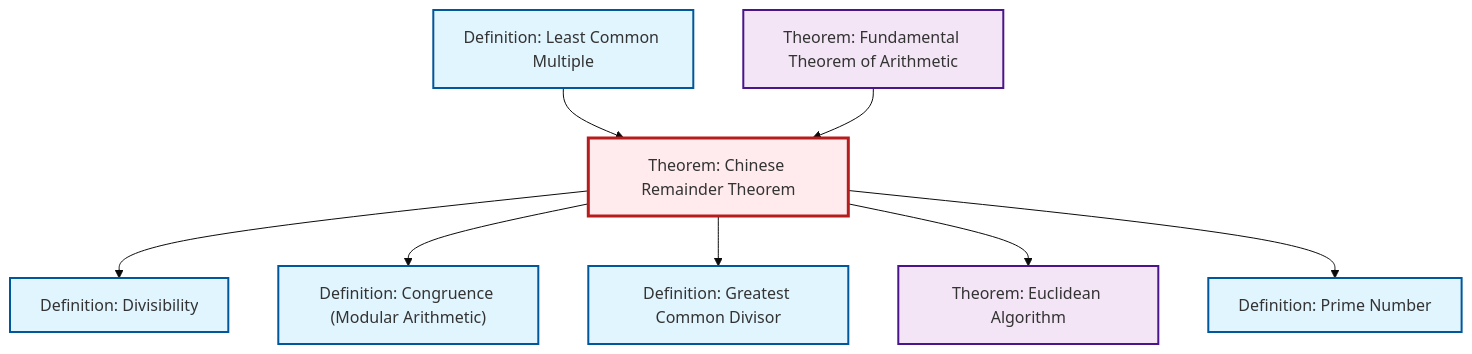
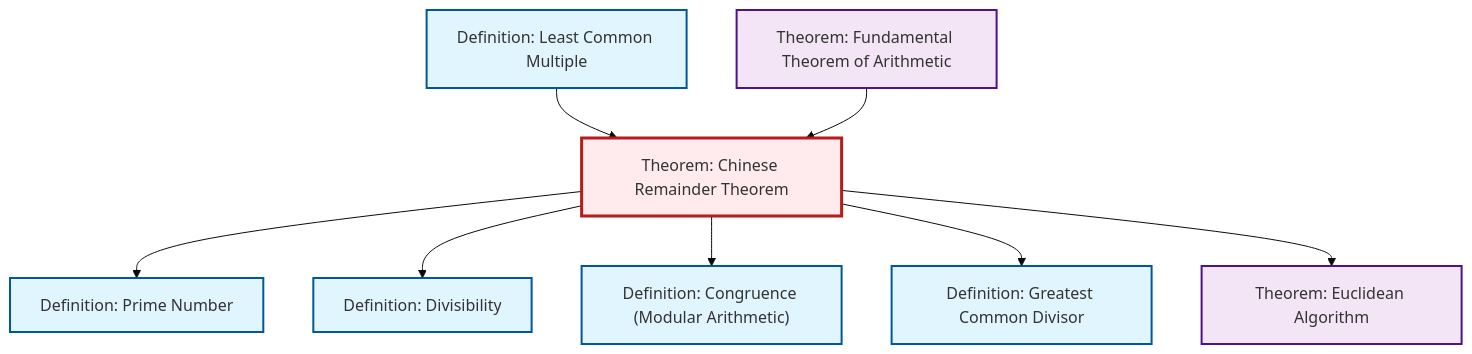
One commit to RK0429/ModernMath changed the diagram in content/en/number-theory/thm-chinese-remainder.qmd. Above: the diagram before and after it, drawn with Mermaid (base theme). The commit also changed other lines of this file and 328 other files, not shown here.

````diff
--- a/content/en/number-theory/thm-chinese-remainder.qmd
+++ b/content/en/number-theory/thm-chinese-remainder.qmd
@@ -88,32 +88,32 @@
 ```{mermaid}
 %%| fig-cap: "Local dependency graph"
 graph TD
     classDef definition fill:#e1f5fe,stroke:#01579b,stroke-width:2px
     classDef theorem fill:#f3e5f5,stroke:#4a148c,stroke-width:2px
     classDef axiom fill:#fff3e0,stroke:#e65100,stroke-width:2px
     classDef example fill:#e8f5e9,stroke:#1b5e20,stroke-width:2px
     classDef current fill:#ffebee,stroke:#b71c1c,stroke-width:3px
+    thm-fundamental-arithmetic["Theorem: Fundamental Theorem of Arithmetic"]:::theorem
+    thm-chinese-remainder["Theorem: Chinese Remainder Theorem"]:::theorem
+    def-lcm["Definition: Least Common Multiple"]:::definition
     thm-euclidean-algorithm["Theorem: Euclidean Algorithm"]:::theorem
-    def-lcm["Definition: Least Common Multiple"]:::definition
-    thm-fundamental-arithmetic["Theorem: Fundamental Theorem of Arithmetic"]:::theorem
+    def-divisibility["Definition: Divisibility"]:::definition
     def-congruence["Definition: Congruence (Modular Arithmetic)"]:::definition
+    def-gcd["Definition: Greatest Common Divisor"]:::definition
     def-prime["Definition: Prime Number"]:::definition
-    def-gcd["Definition: Greatest Common Divisor"]:::definition
-    thm-chinese-remainder["Theorem: Chinese Remainder Theorem"]:::theorem
-    def-divisibility["Definition: Divisibility"]:::definition
     def-lcm --> thm-chinese-remainder
+    thm-chinese-remainder --> def-prime
+    thm-fundamental-arithmetic --> thm-chinese-remainder
     thm-chinese-remainder --> def-divisibility
     thm-chinese-remainder --> def-congruence
-    thm-fundamental-arithmetic --> thm-chinese-remainder
     thm-chinese-remainder --> def-gcd
     thm-chinese-remainder --> thm-euclidean-algorithm
-    thm-chinese-remainder --> def-prime
     class thm-chinese-remainder current
+    click thm-fundamental-arithmetic "thm-fundamental-arithmetic.html" "Go to Fundamental Theorem of Arithmetic theorem"
+    click def-lcm "def-lcm.html" "Go to Least Common Multiple definition"
     click thm-euclidean-algorithm "thm-euclidean-algorithm.html" "Go to Euclidean Algorithm theorem"
-    click def-lcm "def-lcm.html" "Go to Least Common Multiple definition"
-    click thm-fundamental-arithmetic "thm-fundamental-arithmetic.html" "Go to Fundamental Theorem of Arithmetic theorem"
+    click def-divisibility "def-divisibility.html" "Go to Divisibility definition"
     click def-congruence "def-congruence.html" "Go to Congruence (Modular Arithmetic) definition"
+    click def-gcd "def-gcd.html" "Go to Greatest Common Divisor definition"
     click def-prime "def-prime.html" "Go to Prime Number definition"
-    click def-gcd "def-gcd.html" "Go to Greatest Common Divisor definition"
-    click def-divisibility "def-divisibility.html" "Go to Divisibility definition"
 ```
````
